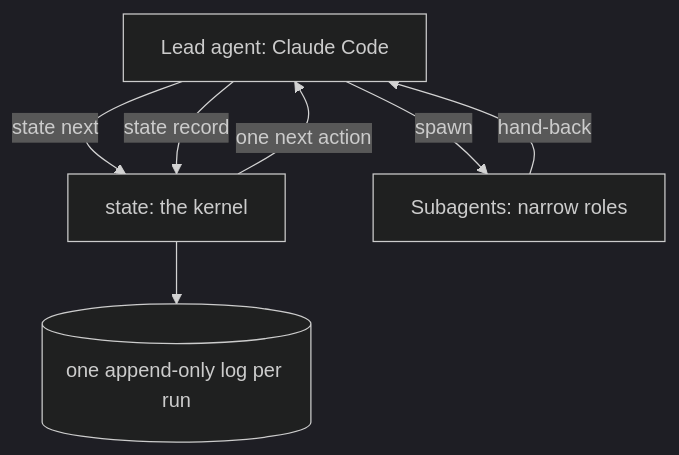
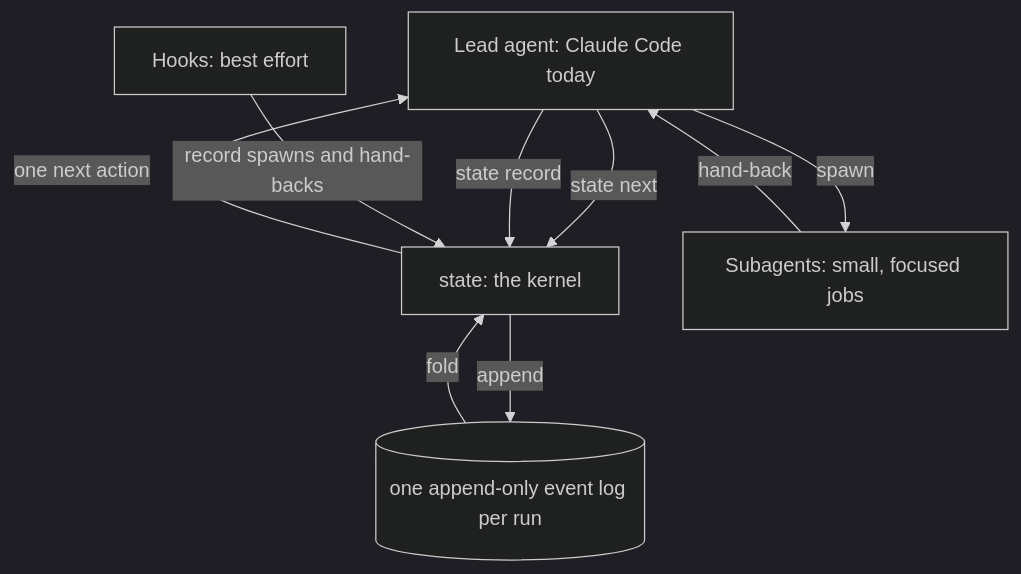
The diagram in docs/harness/README.md (ILIYANGERMANOV/nixos), drawn with Mermaid (dark theme) before and after one commit. The commit also changed other lines of this file and 27 other files, not shown here.

````diff
--- a/docs/harness/README.md
+++ b/docs/harness/README.md
@@ -3,13 +3,16 @@
 ```mermaid
 flowchart TD
-  lead["Lead agent: Claude Code"]
+  lead["Lead agent: Claude Code today"]
   state["state: the kernel"]
-  log[("one append-only log per run")]
-  worker["Subagents: narrow roles"]
+  log[("one append-only event log per run")]
+  worker["Subagents: small, focused jobs"]
+  hooks["Hooks: best effort"]
   lead -->|"state next"| state
   state -->|"one next action"| lead
   lead -->|"spawn"| worker
   worker -->|"hand-back"| lead
   lead -->|"state record"| state
-  state --> log
+  hooks -->|"record spawns and hand-backs"| state
+  state -->|"append"| log
+  log -->|"fold"| state
 ```
````
